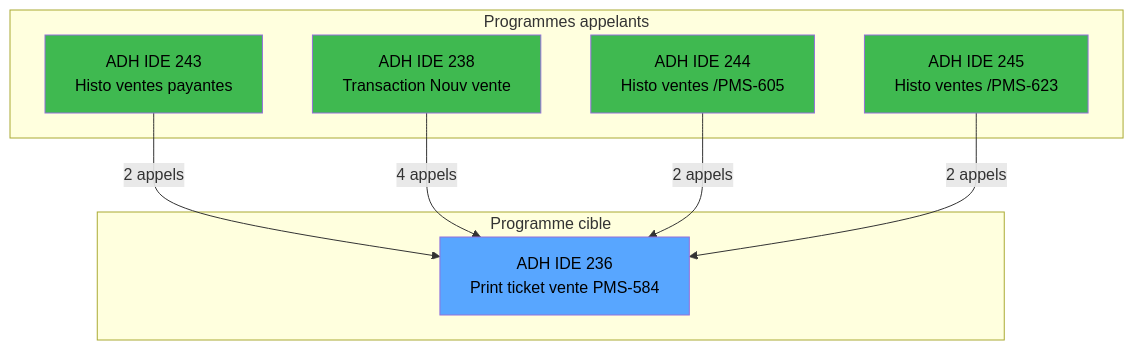
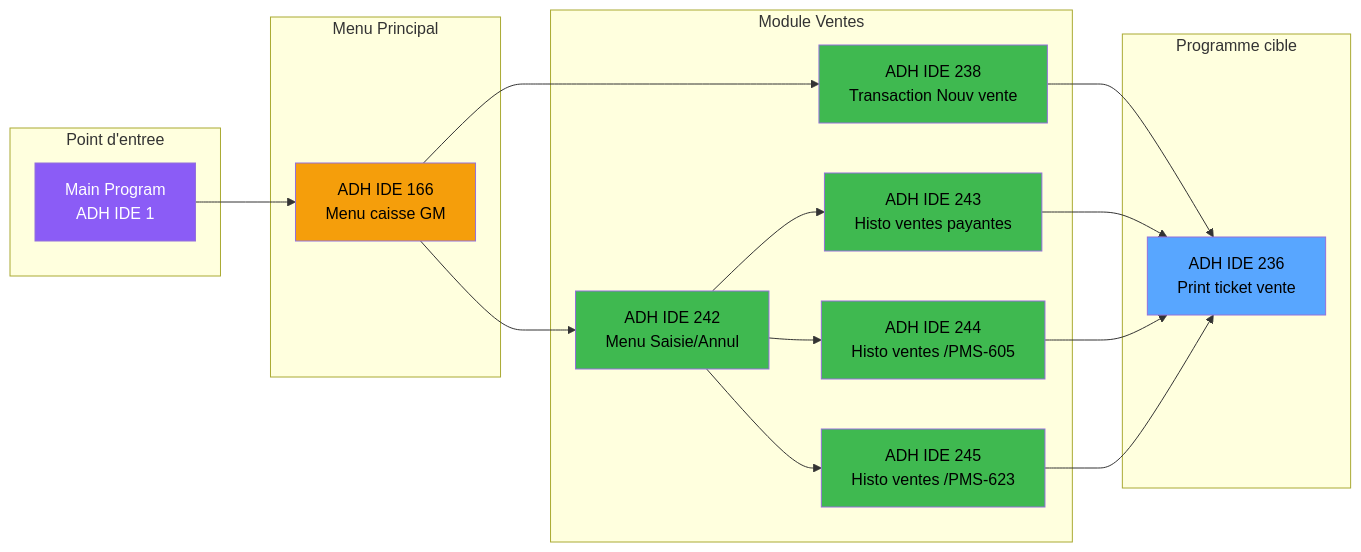
One commit to thonyAGP/lecteur-magic changed the second of 2 diagrams in .openspec/specs/ADH-IDE-236.md. Above: the diagram before and after it, drawn with Mermaid. The commit also changed other lines of this file and 1 other file, not shown here.

First line of the commit message:
feat(specs): upgrade to V3.1 with flowcharts and Main call chain

````diff
--- a/.openspec/specs/ADH-IDE-236.md
+++ b/.openspec/specs/ADH-IDE-236.md
@@ -150,24 +203,42 @@
 ```mermaid
-graph TD
-    subgraph Callers["Programmes appelants"]
-        C1[ADH IDE 243<br/>Histo ventes payantes]
-        C2[ADH IDE 238<br/>Transaction Nouv vente]
-        C3[ADH IDE 244<br/>Histo ventes /PMS-605]
-        C4[ADH IDE 245<br/>Histo ventes /PMS-623]
+graph LR
+    subgraph Main["Point d'entree"]
+        M[Main Program<br/>ADH IDE 1]
+    end
+
+    subgraph Menu["Menu Principal"]
+        M166[ADH IDE 166<br/>Menu caisse GM]
+    end
+
+    subgraph Ventes["Module Ventes"]
+        M238[ADH IDE 238<br/>Transaction Nouv vente]
+        M242[ADH IDE 242<br/>Menu Saisie/Annul]
+        M243[ADH IDE 243<br/>Histo ventes payantes]
+        M244[ADH IDE 244<br/>Histo ventes /PMS-605]
+        M245[ADH IDE 245<br/>Histo ventes /PMS-623]
     end
 
     subgraph Target["Programme cible"]
-        T[ADH IDE 236<br/>Print ticket vente PMS-584]
+        T[ADH IDE 236<br/>Print ticket vente]
     end
 
-    C1 -->|2 appels| T
-    C2 -->|4 appels| T
-    C3 -->|2 appels| T
-    C4 -->|2 appels| T
+    M --> M166
+    M166 --> M238
+    M166 --> M242
+    M242 --> M243
+    M242 --> M244
+    M242 --> M245
+    M238 --> T
+    M243 --> T
+    M244 --> T
+    M245 --> T
 
+    style M fill:#8b5cf6,color:#fff
+    style M166 fill:#f59e0b,color:#000
     style T fill:#58a6ff,color:#000
-    style C1 fill:#3fb950,color:#000
-    style C2 fill:#3fb950,color:#000
-    style C3 fill:#3fb950,color:#000
-    style C4 fill:#3fb950,color:#000
+    style M238 fill:#3fb950,color:#000
+    style M242 fill:#3fb950,color:#000
+    style M243 fill:#3fb950,color:#000
+    style M244 fill:#3fb950,color:#000
+    style M245 fill:#3fb950,color:#000
 ```
````
